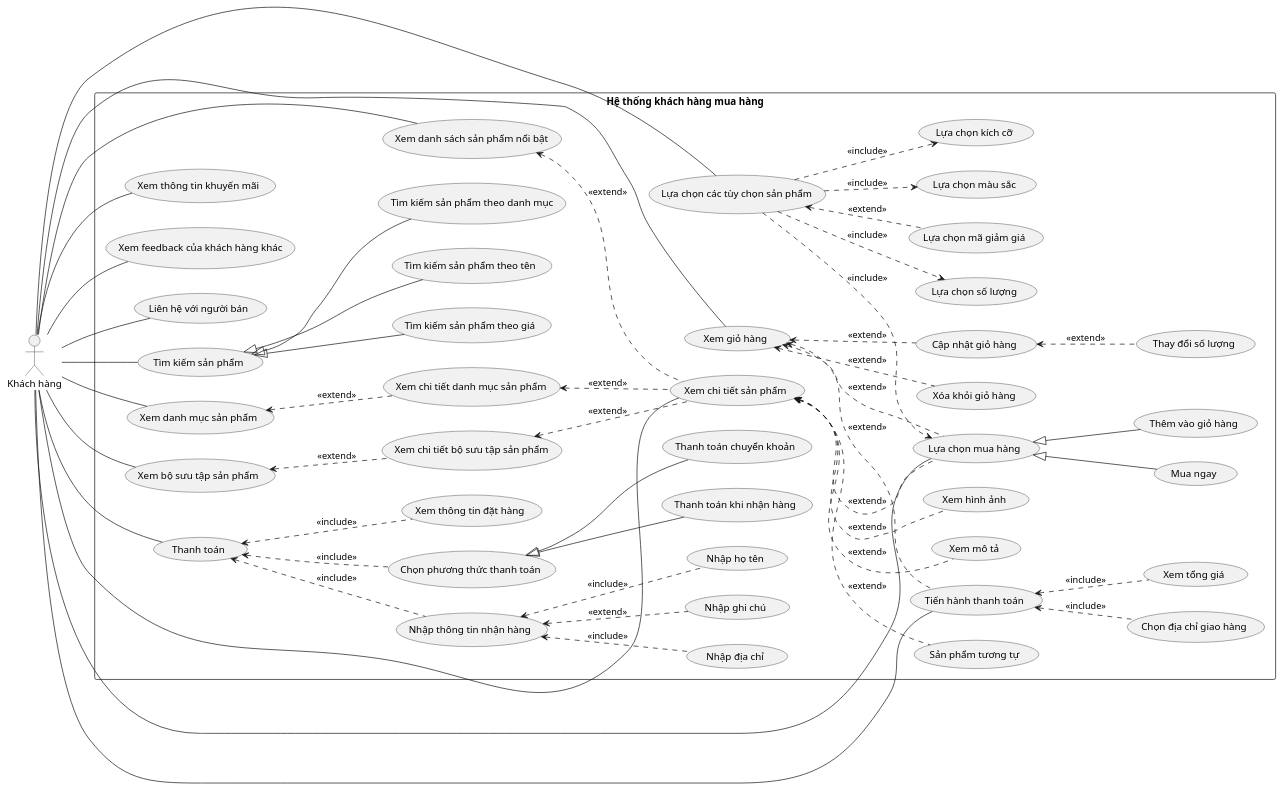
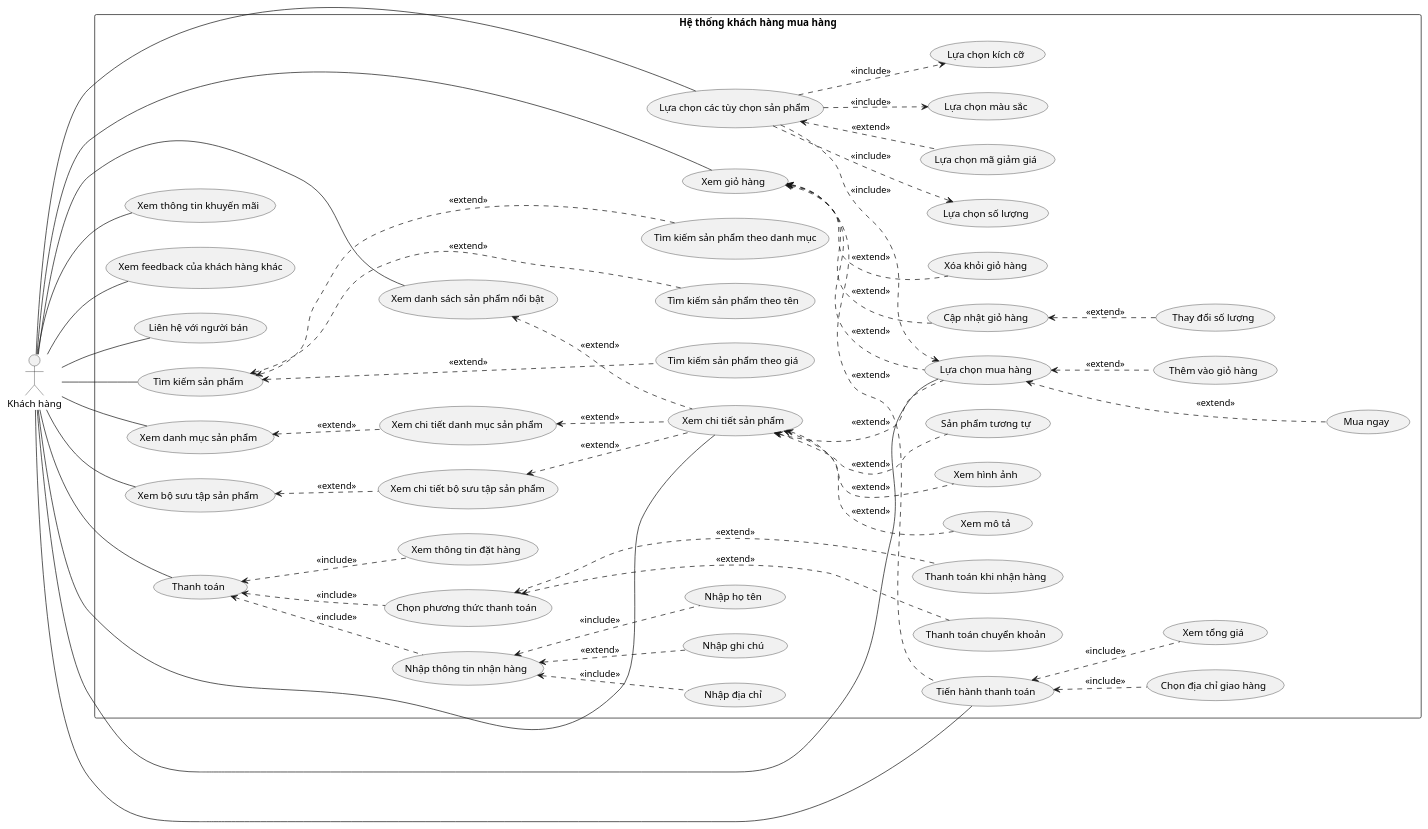
One commit to tuankietcoderr/SE357-Practice-class changed the diagram in Lab1/Lab1.2/Usecase/KH/Lab1.2-KH.puml. Above: the diagram before and after it, drawn with PlantUML. The commit also changed 3 other files, not shown here.

```diff
--- a/Lab1/Lab1.2/Usecase/KH/Lab1.2-KH.puml
+++ b/Lab1/Lab1.2/Usecase/KH/Lab1.2-KH.puml
@@ -1,55 +1,55 @@
 @startuml Use case Khách hàng
 left to right direction
 actor "Khách hàng" as KH
 
 rectangle "Hệ thống khách hàng mua hàng" {
     KH -down- (Tìm kiếm sản phẩm)
     KH -down- (Xem danh sách sản phẩm nổi bật)
     KH -down- (Xem danh mục sản phẩm)
     KH -down- (Xem bộ sưu tập sản phẩm)
     KH -down- (Xem chi tiết sản phẩm)
     KH -down- (Lựa chọn các tùy chọn sản phẩm)
     KH -down- (Lựa chọn mua hàng)
     KH -down- (Xem giỏ hàng)
     KH -down- (Tiến hành thanh toán)
     KH -down- (Thanh toán)
     KH -down- (Xem thông tin khuyến mãi)
     KH -down- (Xem feedback của khách hàng khác)
     KH -down- (Liên hệ với người bán)
-    (Tìm kiếm sản phẩm) <|-down- (Tìm kiếm sản phẩm theo danh mục)
-    (Tìm kiếm sản phẩm) <|-down- (Tìm kiếm sản phẩm theo giá)
-    (Tìm kiếm sản phẩm) <|-down- (Tìm kiếm sản phẩm theo tên)
+    (Tìm kiếm sản phẩm) <.-down- (Tìm kiếm sản phẩm theo danh mục) : <<extend>>
+    (Tìm kiếm sản phẩm) <.-down- (Tìm kiếm sản phẩm theo giá) : <<extend>>
+    (Tìm kiếm sản phẩm) <.-down- (Tìm kiếm sản phẩm theo tên) : <<extend>>
     (Xem danh sách sản phẩm nổi bật) <.down- (Xem chi tiết sản phẩm) : <<extend>>
     (Xem danh mục sản phẩm) <.down- (Xem chi tiết danh mục sản phẩm) : <<extend>>
     (Xem chi tiết danh mục sản phẩm) <.down- (Xem chi tiết sản phẩm) : <<extend>>
     (Xem bộ sưu tập sản phẩm) <.down- (Xem chi tiết bộ sưu tập sản phẩm) : <<extend>>
     (Xem chi tiết bộ sưu tập sản phẩm) <.down- (Xem chi tiết sản phẩm) : <<extend>>
     (Xem chi tiết sản phẩm) <.down- (Xem mô tả) : <<extend>>
     (Xem chi tiết sản phẩm) <.down- (Xem hình ảnh) : <<extend>>
     (Xem chi tiết sản phẩm) <.down- (Sản phẩm tương tự) : <<extend>>
     (Xem chi tiết sản phẩm) <.down- (Lựa chọn mua hàng) : <<extend>>
     (Lựa chọn các tùy chọn sản phẩm) -down.> (Lựa chọn màu sắc) : <<include>>
     (Lựa chọn các tùy chọn sản phẩm) -down.> (Lựa chọn kích cỡ) : <<include>>
     (Lựa chọn các tùy chọn sản phẩm) -down.> (Lựa chọn số lượng) : <<include>>
     (Lựa chọn các tùy chọn sản phẩm) <.down- (Lựa chọn mã giảm giá) : <<extend>>
     (Lựa chọn các tùy chọn sản phẩm) -down.> (Lựa chọn mua hàng) : <<include>>
-    (Lựa chọn mua hàng) <|-down- (Thêm vào giỏ hàng)
-    (Lựa chọn mua hàng) <|-down- (Mua ngay)
+    (Lựa chọn mua hàng) <.down- (Thêm vào giỏ hàng) : <<extend>>
+    (Lựa chọn mua hàng) <.-down- (Mua ngay) : <<extend>>
     (Xem giỏ hàng) <.down- (Lựa chọn mua hàng) : <<extend>>
     (Xem giỏ hàng) <.down- (Xóa khỏi giỏ hàng) : <<extend>>
     (Xem giỏ hàng) <.down- (Cập nhật giỏ hàng) : <<extend>>
     (Cập nhật giỏ hàng) <.down- (Thay đổi số lượng) : <<extend>>
     (Xem giỏ hàng) <.down- (Tiến hành thanh toán) : <<extend>>
     (Tiến hành thanh toán) <.down- (Xem tổng giá) : <<include>>
     (Tiến hành thanh toán) <.down- (Chọn địa chỉ giao hàng) : <<include>>
     (Thanh toán) <.down- (Xem thông tin đặt hàng) : <<include>>
     (Thanh toán) <.down- (Nhập thông tin nhận hàng) : <<include>>
     (Thanh toán) <.down- (Chọn phương thức thanh toán) : <<include>>
-    (Chọn phương thức thanh toán) <|-down- (Thanh toán khi nhận hàng)
-    (Chọn phương thức thanh toán) <|-down- (Thanh toán chuyển khoản)
+    (Chọn phương thức thanh toán) <.-down- (Thanh toán khi nhận hàng) : <<extend>>
+    (Chọn phương thức thanh toán) <.-down- (Thanh toán chuyển khoản) : <<extend>>
     (Nhập thông tin nhận hàng) <.down- (Nhập họ tên) : <<include>>
     (Nhập thông tin nhận hàng) <.down- (Nhập địa chỉ) : <<include>>
     (Nhập thông tin nhận hàng) <.down- (Nhập ghi chú) : <<extend>>
 }
 
 @enduml
```
